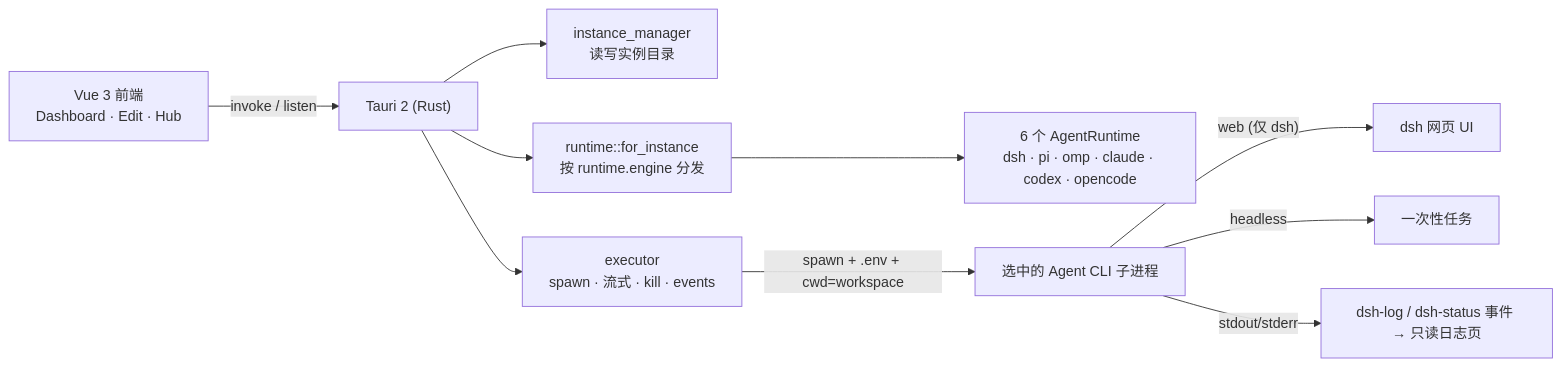
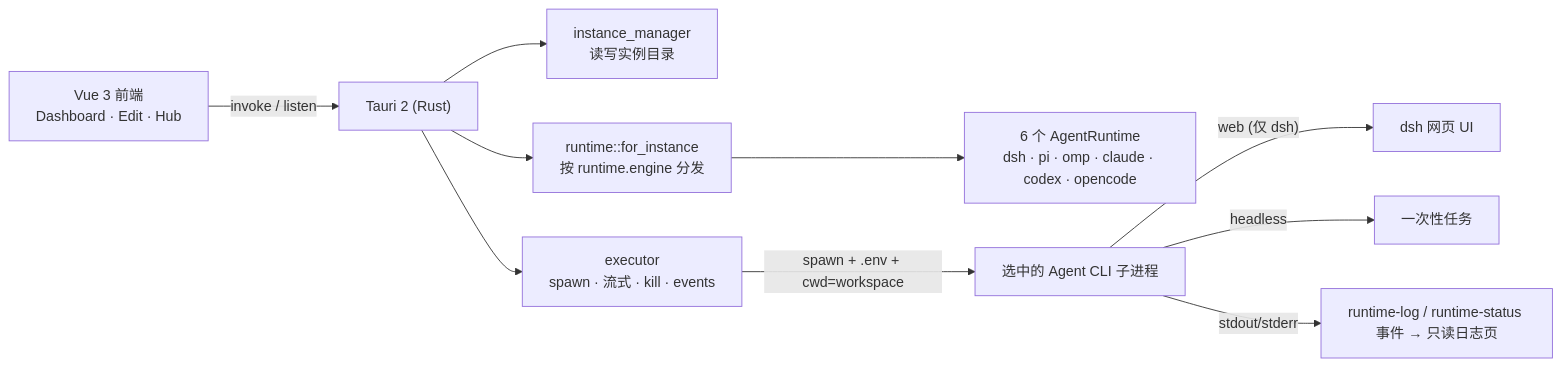
One commit to lildengzi/agentLauncher changed the diagram in docs/wiki/Architecture.md. Above: the diagram before and after it, drawn with Mermaid. The commit also changed other lines of this file and 29 other files, not shown here.

````diff
--- a/docs/wiki/Architecture.md
+++ b/docs/wiki/Architecture.md
@@ -7,12 +7,12 @@
 ```mermaid
 flowchart LR
   UI["Vue 3 前端<br/>Dashboard · Edit · Hub"] -- invoke / listen --> Core["Tauri 2 (Rust)"]
   Core --> IM["instance_manager<br/>读写实例目录"]
   Core --> EX["executor<br/>spawn · 流式 · kill · events"]
   Core --> RT["runtime::for_instance<br/>按 runtime.engine 分发"]
   RT --> R6["6 个 AgentRuntime<br/>dsh · pi · omp · claude · codex · opencode"]
   EX -- "spawn + .env + cwd=workspace" --> CLI["选中的 Agent CLI 子进程"]
   CLI -- "web (仅 dsh)" --> Web["dsh 网页 UI"]
   CLI -- headless --> Task["一次性任务"]
-  CLI -- "stdout/stderr" --> Log["dsh-log / dsh-status 事件 → 只读日志页"]
+  CLI -- "stdout/stderr" --> Log["runtime-log / runtime-status 事件 → 只读日志页"]
 ```
````
